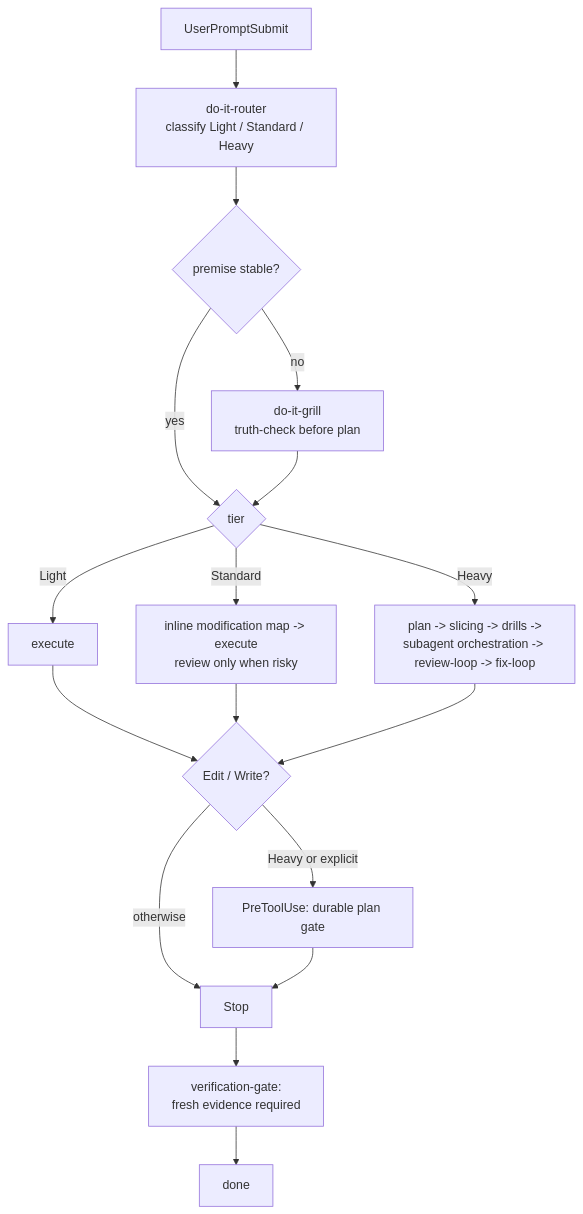
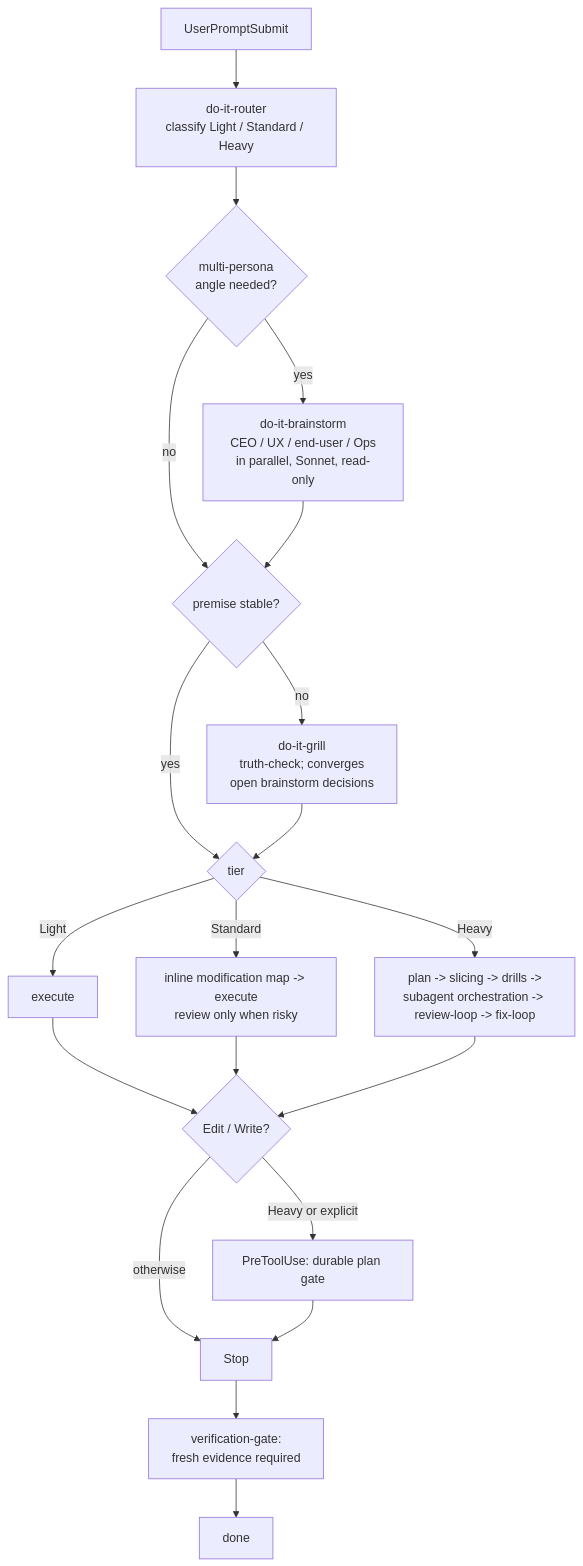
Before and after one commit to tdwhere123/do-it: the diagram in README.md, drawn with Mermaid. The commit also changed other lines of this file and 34 other files, not shown here.

````diff
--- a/README.md
+++ b/README.md
@@ -130,19 +137,22 @@
 ```mermaid
 flowchart TD
     P[UserPromptSubmit] --> R[do-it-router<br/>classify Light / Standard / Heavy]
-    R --> G{premise stable?}
-    G -- no --> GR[do-it-grill<br/>truth-check before plan]
+    R --> M{multi-persona<br/>angle needed?}
+    M -- yes --> BR[do-it-brainstorm<br/>CEO / UX / end-user / Ops<br/>in parallel, Sonnet, read-only]
+    M -- no --> G
+    BR --> G{premise stable?}
+    G -- no --> GR[do-it-grill<br/>truth-check; converges<br/>open brainstorm decisions]
     G -- yes --> T{tier}
     GR --> T
     T -- Light --> L[execute]
     T -- Standard --> S[inline modification map -> execute<br/>review only when risky]
     T -- Heavy --> H[plan -> slicing -> drills -><br/>subagent orchestration -> review-loop -> fix-loop]
     L --> PG{Edit / Write?}
     S --> PG
     H --> PG
     PG -- Heavy or explicit --> PGY[PreToolUse: durable plan gate]
     PG -- otherwise --> V[Stop]
     PGY --> V
     V --> VG[verification-gate:<br/>fresh evidence required]
     VG --> D[done]
 ```
````
